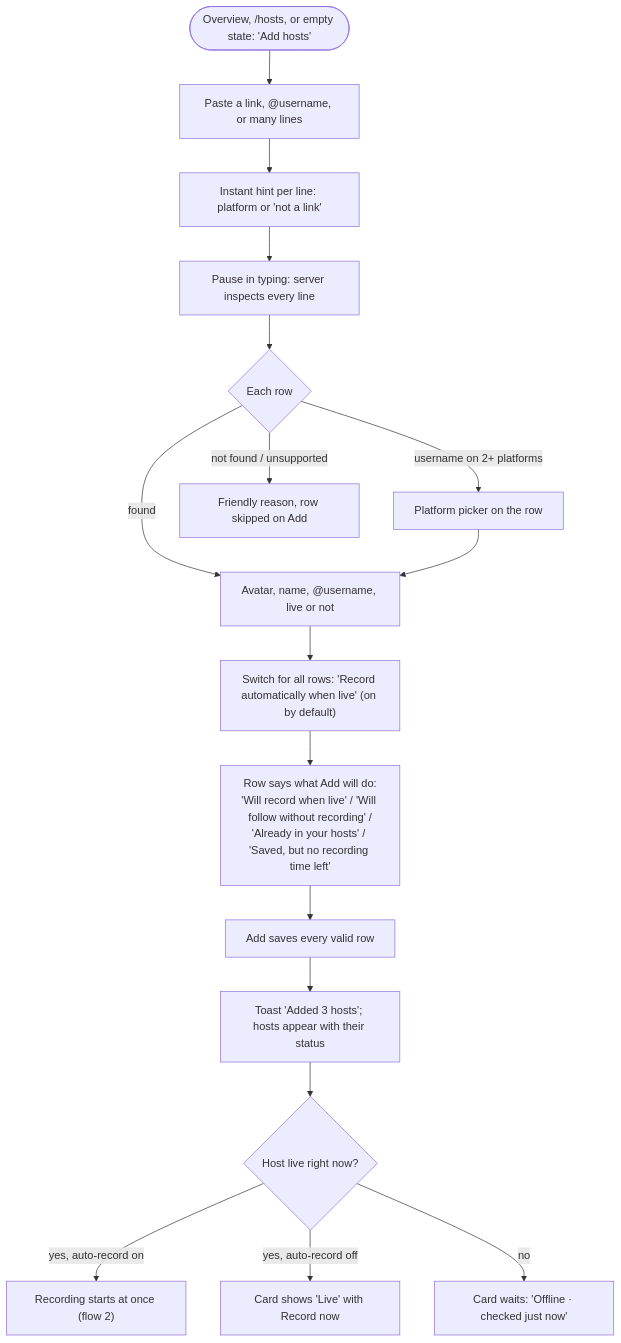
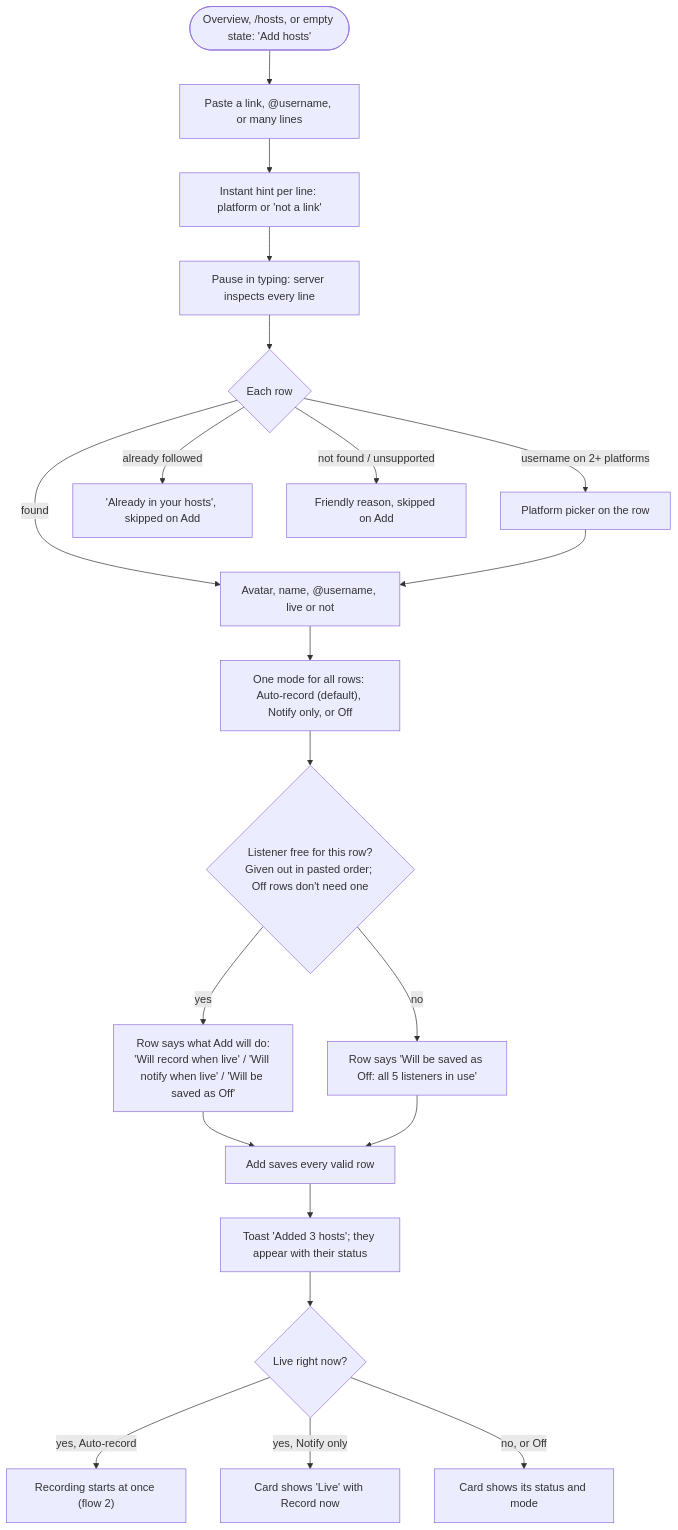
The second of 11 diagrams in docs/user-flows.md (binhld98/AutoRecordLive), drawn with Mermaid before and after one commit. The commit also changed other lines of this file, not shown here.

Commit message:
docs: add active listeners to user flows

````diff
--- a/docs/user-flows.md
+++ b/docs/user-flows.md
@@ -104,18 +111,22 @@
 ```mermaid
 flowchart TD
   start(["Overview, /hosts, or empty state: 'Add hosts'"]) --> paste["Paste a link, @username, or many lines"]
   paste --> hint["Instant hint per line: platform or 'not a link'"]
   hint --> inspect["Pause in typing: server inspects every line"]
   inspect --> row{"Each row"}
   row -- "found" --> preview["Avatar, name, @username, live or not"]
   row -- "username on 2+ platforms" --> pick["Platform picker on the row"] --> preview
-  row -- "not found / unsupported" --> err["Friendly reason, row skipped on Add"]
-  preview --> auto["Switch for all rows: 'Record automatically when live' (on by default)"]
-  auto --> will["Row says what Add will do:<br/>'Will record when live' / 'Will follow without recording' /<br/>'Already in your hosts' / 'Saved, but no recording time left'"]
+  row -- "already followed" --> dup["'Already in your hosts', skipped on Add"]
+  row -- "not found / unsupported" --> err["Friendly reason, skipped on Add"]
+  preview --> mode["One mode for all rows: Auto-record (default), Notify only, or Off"]
+  mode --> listeners{"Listener free for this row?<br/>Given out in pasted order; Off rows don't need one"}
+  listeners -- yes --> will["Row says what Add will do:<br/>'Will record when live' / 'Will notify when live' / 'Will be saved as Off'"]
+  listeners -- no --> full["Row says 'Will be saved as Off: all 5 listeners in use'"]
   will --> addbtn["Add saves every valid row"]
-  addbtn --> done["Toast 'Added 3 hosts'; hosts appear with their status"]
-  done --> live{"Host live right now?"}
-  live -- "yes, auto-record on" --> recnow["Recording starts at once (flow 2)"]
-  live -- "yes, auto-record off" --> offer["Card shows 'Live' with Record now"]
-  live -- no --> waits["Card waits: 'Offline · checked just now'"]
+  full --> addbtn
+  addbtn --> done["Toast 'Added 3 hosts'; they appear with their status"]
+  done --> live{"Live right now?"}
+  live -- "yes, Auto-record" --> recnow["Recording starts at once (flow 2)"]
+  live -- "yes, Notify only" --> offer["Card shows 'Live' with Record now"]
+  live -- "no, or Off" --> waits["Card shows its status and mode"]
 ```
````
